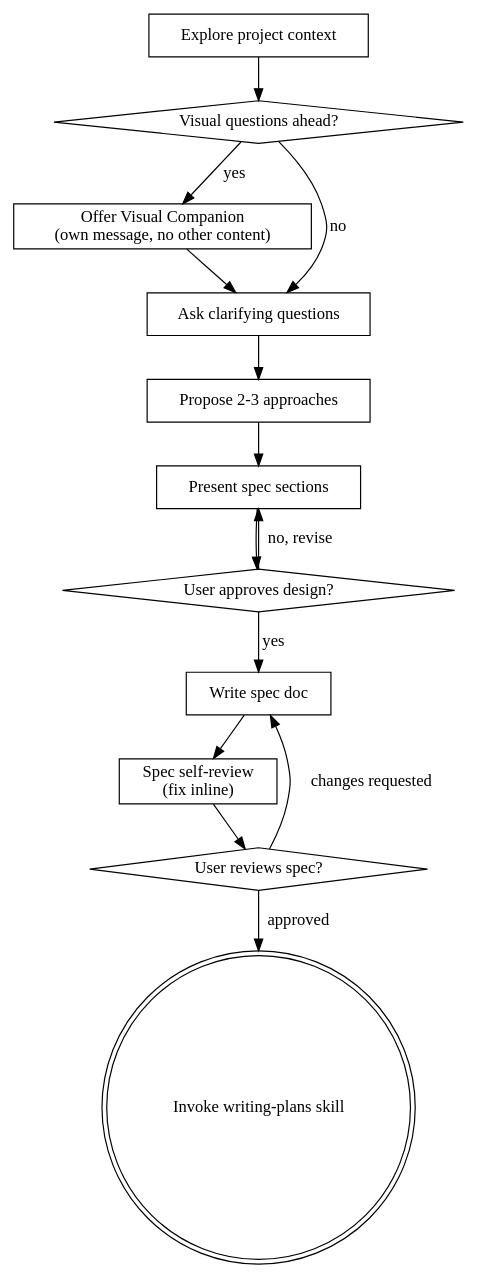
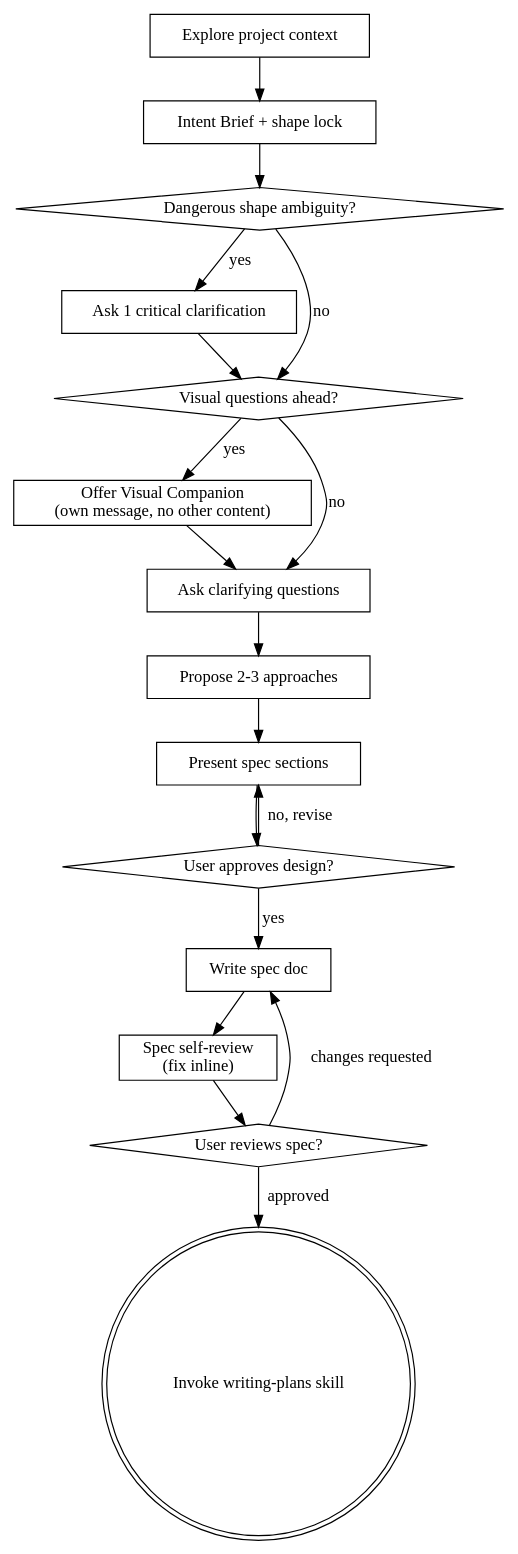
The diagram in skills/brainstorming/SKILL.md (guhaigg/better-sp), drawn with Graphviz before and after one commit. The commit also changed other lines of this file and 8 other files, not shown here.

````diff
--- a/skills/brainstorming/SKILL.md
+++ b/skills/brainstorming/SKILL.md
@@ -56,29 +72,36 @@
 ```dot
 digraph brainstorming {
     "Explore project context" [shape=box];
+    "Intent Brief + shape lock" [shape=box];
+    "Dangerous shape ambiguity?" [shape=diamond];
+    "Ask 1 critical clarification" [shape=box];
     "Visual questions ahead?" [shape=diamond];
     "Offer Visual Companion\n(own message, no other content)" [shape=box];
     "Ask clarifying questions" [shape=box];
     "Propose 2-3 approaches" [shape=box];
     "Present spec sections" [shape=box];
     "User approves design?" [shape=diamond];
     "Write spec doc" [shape=box];
     "Spec self-review\n(fix inline)" [shape=box];
     "User reviews spec?" [shape=diamond];
     "Invoke writing-plans skill" [shape=doublecircle];
 
-    "Explore project context" -> "Visual questions ahead?";
+    "Explore project context" -> "Intent Brief + shape lock";
+    "Intent Brief + shape lock" -> "Dangerous shape ambiguity?";
+    "Dangerous shape ambiguity?" -> "Ask 1 critical clarification" [label="yes"];
+    "Dangerous shape ambiguity?" -> "Visual questions ahead?" [label="no"];
+    "Ask 1 critical clarification" -> "Visual questions ahead?";
     "Visual questions ahead?" -> "Offer Visual Companion\n(own message, no other content)" [label="yes"];
     "Visual questions ahead?" -> "Ask clarifying questions" [label="no"];
     "Offer Visual Companion\n(own message, no other content)" -> "Ask clarifying questions";
     "Ask clarifying questions" -> "Propose 2-3 approaches";
     "Propose 2-3 approaches" -> "Present spec sections";
     "Present spec sections" -> "User approves design?";
     "User approves design?" -> "Present spec sections" [label="no, revise"];
     "User approves design?" -> "Write spec doc" [label="yes"];
     "Write spec doc" -> "Spec self-review\n(fix inline)";
     "Spec self-review\n(fix inline)" -> "User reviews spec?";
     "User reviews spec?" -> "Write spec doc" [label="changes requested"];
     "User reviews spec?" -> "Invoke writing-plans skill" [label="approved"];
 }
 ```
````
